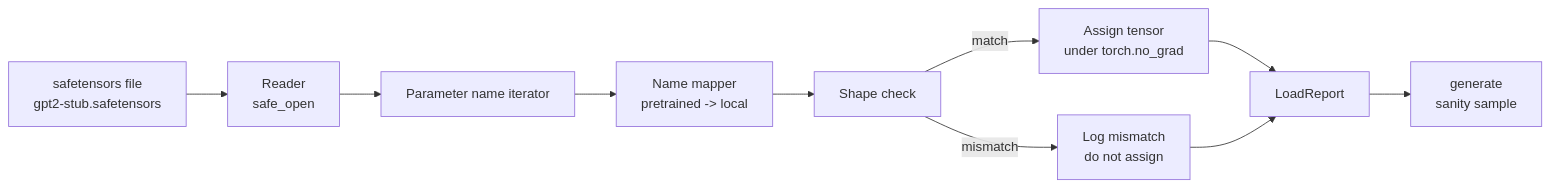
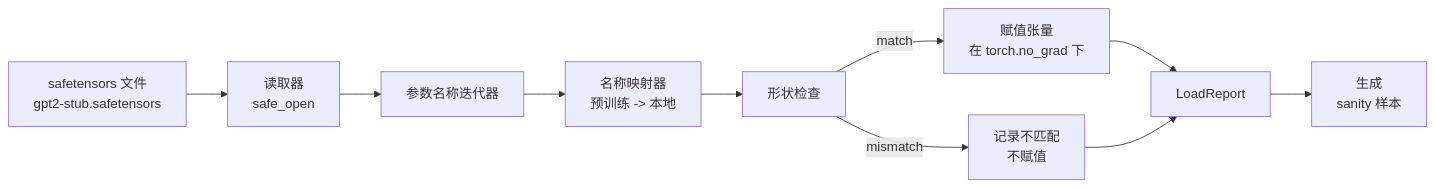
Before and after one commit to guangningsun/ailearning: the diagram in lessons/19-capstone-projects/37-loading-pretrained-weights/docs/zh.md, drawn with Mermaid. The commit also changed other lines of this file and 85 other files, not shown here.

````diff
--- a/lessons/19-capstone-projects/37-loading-pretrained-weights/docs/zh.md
+++ b/lessons/19-capstone-projects/37-loading-pretrained-weights/docs/zh.md
@@ -26,12 +26,12 @@
 ```mermaid
 flowchart LR
-  SF[safetensors file<br/>gpt2-stub.safetensors] --> R[Reader<br/>safe_open]
-  R --> N[Parameter name iterator]
-  N --> M[Name mapper<br/>pretrained -> local]
-  M --> S[Shape check]
-  S -- match --> A[Assign tensor<br/>under torch.no_grad]
-  S -- mismatch --> E[Log mismatch<br/>do not assign]
+  SF[safetensors 文件<br/>gpt2-stub.safetensors] --> R[读取器<br/>safe_open]
+  R --> N[参数名称迭代器]
+  N --> M[名称映射器<br/>预训练 -> 本地]
+  M --> S[形状检查]
+  S -- match --> A[赋值张量<br/>在 torch.no_grad 下]
+  S -- mismatch --> E[记录不匹配<br/>不赋值]
   A --> RP[LoadReport]
   E --> RP
-  RP --> G[generate<br/>sanity sample]
+  RP --> G[生成<br/>sanity 样本]
 ```
````
